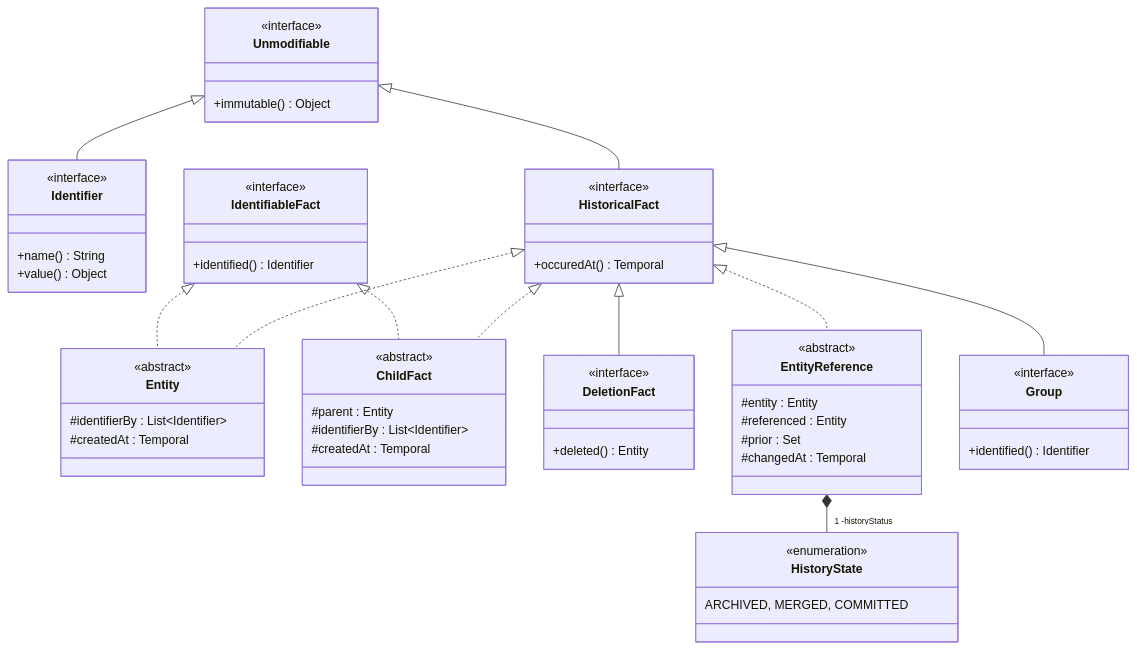
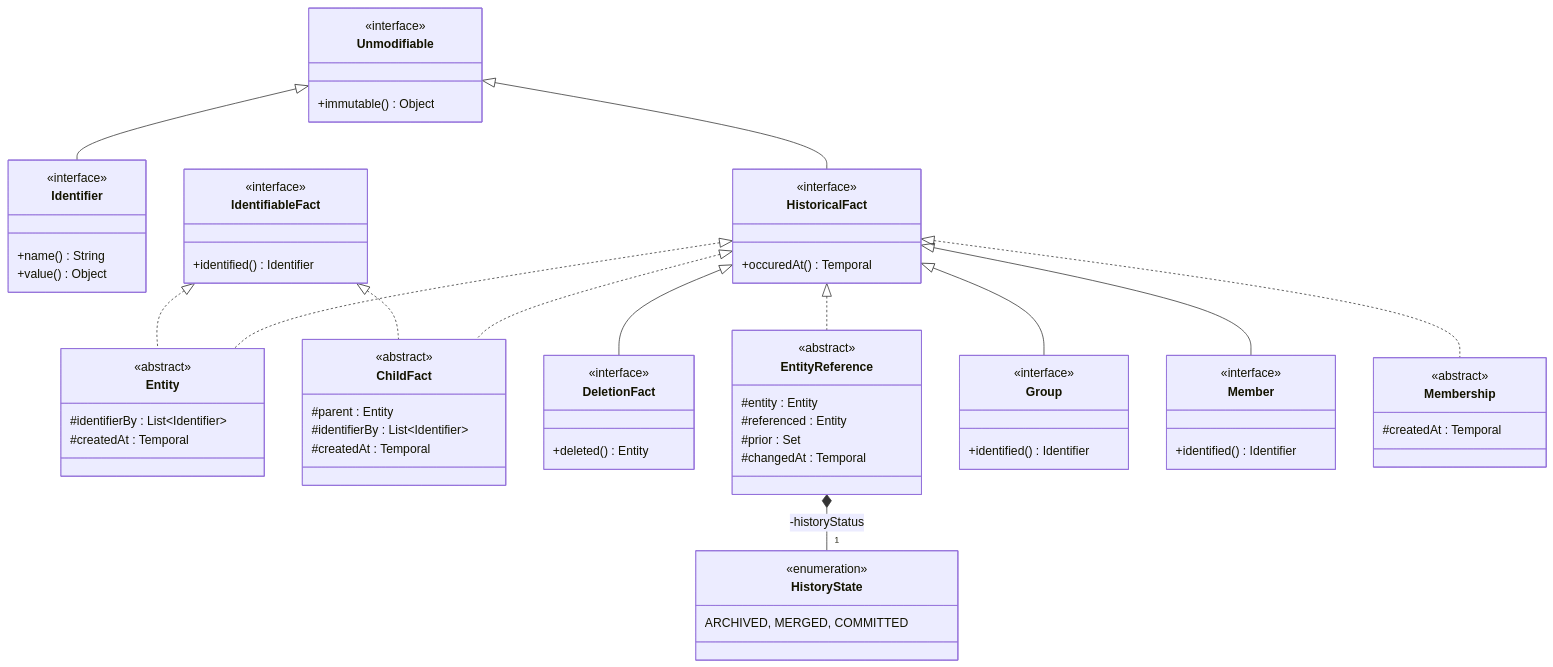
The diagram in implementations-line/framework/immutable/README.md (cybnity/foundation), drawn with Mermaid before and after one commit. The commit also changed 1 other file, not shown here.

````diff
--- a/implementations-line/framework/immutable/README.md
+++ b/implementations-line/framework/immutable/README.md
@@ -27,60 +27,71 @@
 ```mermaid
 classDiagram
     Unmodifiable <|-- Identifier
     IdentifiableFact <|.. Entity
     HistoricalFact <|.. Entity
     IdentifiableFact <|.. ChildFact
     Unmodifiable <|-- HistoricalFact
     HistoricalFact <|.. ChildFact
     HistoricalFact <|-- DeletionFact
     HistoricalFact <|.. EntityReference
-    EntityReference *-- "1 -historyStatus" HistoryState
+    EntityReference *-- "1" HistoryState : -historyStatus
     HistoricalFact <|-- Group
+    HistoricalFact <|-- Member
+    HistoricalFact <|.. Membership
+
     class HistoricalFact {
         <<interface>>
         +occuredAt() Temporal
     }
     class IdentifiableFact {
         <<interface>>
         +identified() Identifier
     }
     class Entity {
         <<abstract>>
         #identifierBy : List~Identifier~
         #createdAt : Temporal
     }
     class ChildFact {
         <<abstract>>
         #parent : Entity
         #identifierBy : List~Identifier~
         #createdAt : Temporal
     }
     class DeletionFact {
         <<interface>>
         +deleted() Entity
     }
     class Unmodifiable {
         <<interface>>
         +immutable() Object
     }
     class Identifier {
         <<interface>>
         +name() String
         +value() Object
     }
     class HistoryState {
         <<enumeration>>
         ARCHIVED, MERGED, COMMITTED
     }
     class EntityReference {
         <<abstract>>
         #entity : Entity
         #referenced : Entity
         #prior : Set<EntityReference>
         #changedAt : Temporal
     }
     class Group {
         <<interface>>
         +identified() Identifier
     }
+    class Member {
+        <<interface>>
+        +identified() Identifier
+    }
+    class Membership {
+        <<abstract>>
+        #createdAt : Temporal
+    }
 ```
````
